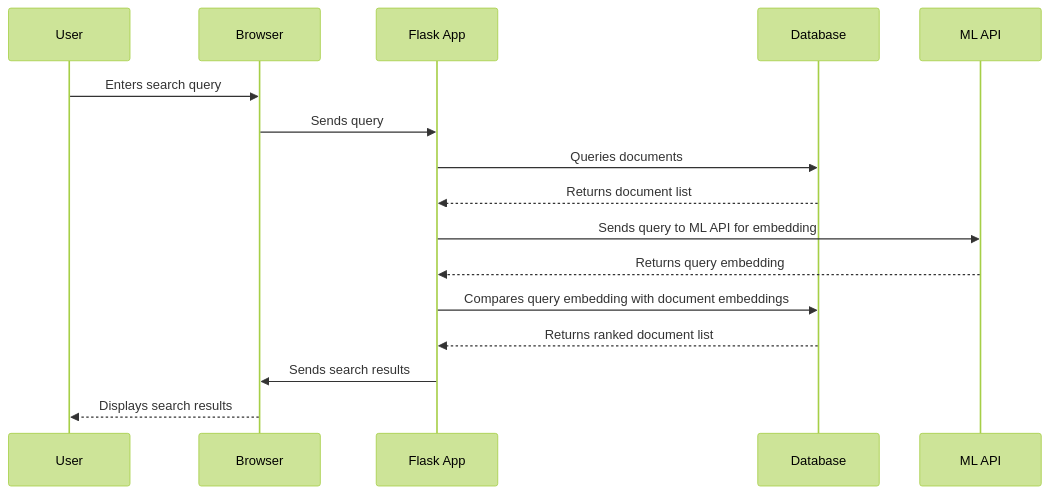
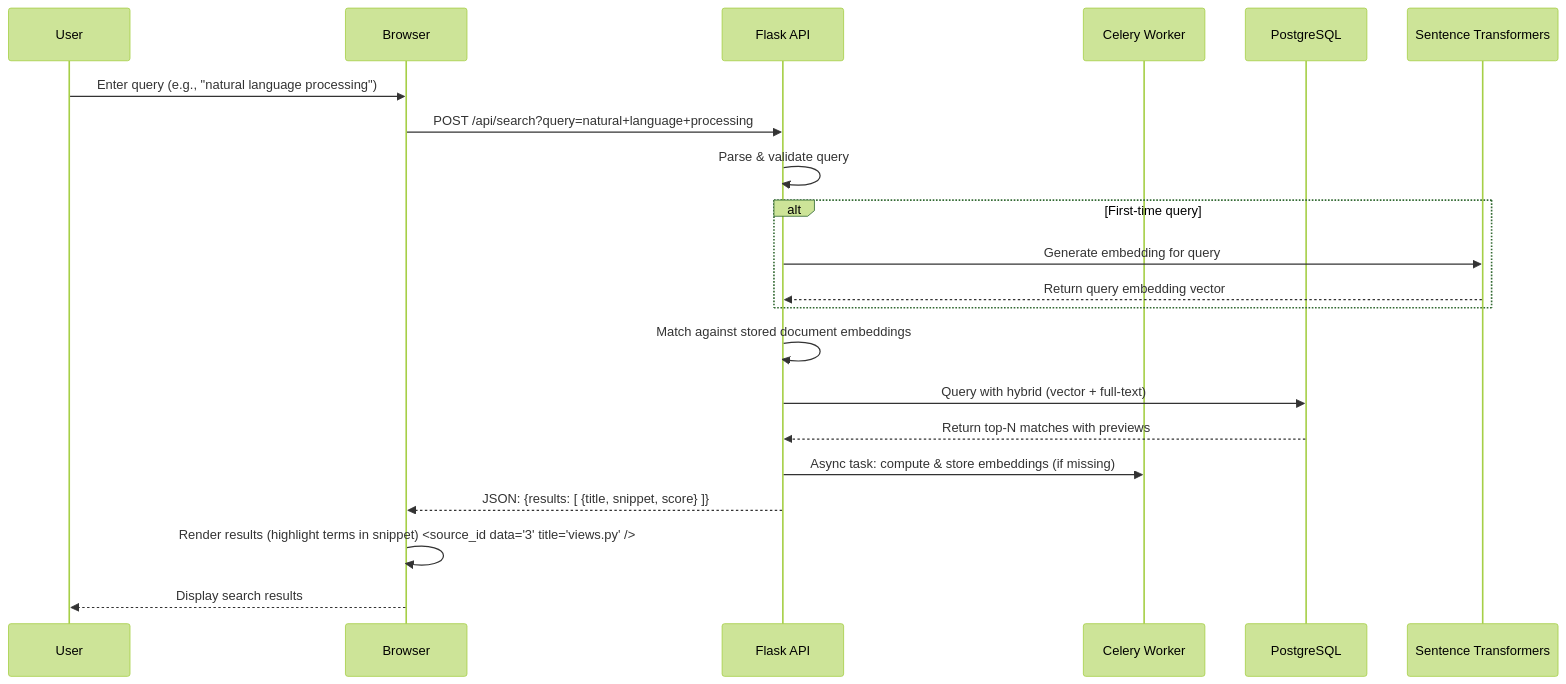
The diagram in README.md (miteshbsjat/full_stack_ai_python), drawn with Mermaid (forest theme) before and after one commit. The commit also changed other lines of this file and 1 other file, not shown here.

Commit message:
docs: update README with new architecture details and license

````diff
--- a/README.md
+++ b/README.md
@@ -33,20 +33,24 @@
 ```mermaid
 sequenceDiagram
     participant User
     participant Browser
-    participant Flask App
-    participant Database
-    participant ML API
+    participant Flask as Flask API
+    participant Celery as Celery Worker
+    participant PostgreSQL
+    participant SentenceBERT as Sentence Transformers
 
-    User->>Browser: Enters search query
-    Browser->>Flask App: Sends query
-    Flask App->>Database: Queries documents
-    Database-->>Flask App: Returns document list
-    Flask App->>ML API: Sends query to ML API for embedding
-    ML API-->>Flask App: Returns query embedding
-    Flask App->>Database: Compares query embedding with document embeddings
-    Database-->>Flask App: Returns ranked document list
-    Flask App->>Browser: Sends search results
-    Browser-->>User: Displays search results
-
+    User->>Browser: Enter query (e.g., "natural language processing")
+    Browser->>Flask: POST /api/search?query=natural+language+processing
+    Flask->>Flask: Parse & validate query
+    alt First-time query
+        Flask->>SentenceBERT: Generate embedding for query
+        SentenceBERT-->>Flask: Return query embedding vector
+    end
+    Flask->>Flask: Match against stored document embeddings
+    Flask->>PostgreSQL: Query with hybrid (vector + full-text)
+    PostgreSQL-->>Flask: Return top-N matches with previews
+    Flask->>Celery: Async task: compute & store embeddings (if missing)
+    Flask-->>Browser: JSON: {results: [ {title, snippet, score} ]}
+    Browser->>Browser: Render results (highlight terms in snippet) <source_id data="3" title="views.py" />
+    Browser-->>User: Display search results
 ```
````
